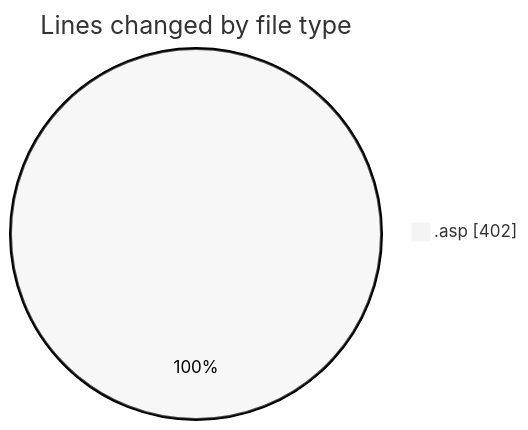
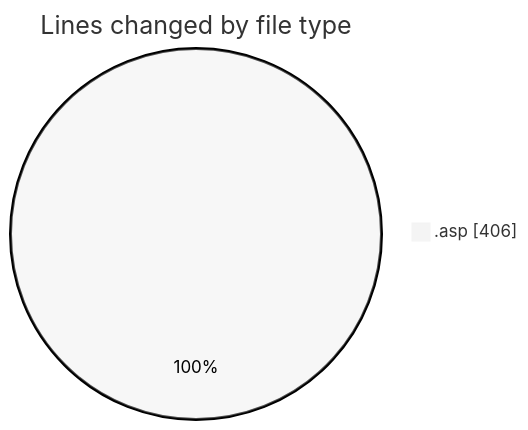
One commit to julien-gomy/code-tracking changed the first of 2 diagrams in 2025-11-12/cdp_aleoudev_fr__workspace_/README.md. Above: the diagram before and after it, drawn with Mermaid (neutral theme). The commit also changed other lines of this file and 1 other file, not shown here.

````diff
--- a/2025-11-12/cdp_aleoudev_fr__workspace_/README.md
+++ b/2025-11-12/cdp_aleoudev_fr__workspace_/README.md
@@ -22,5 +22,5 @@
 ```mermaid
 pie showData
 title Lines changed by file type
-".asp" : 402
+".asp" : 406
 ```
````
